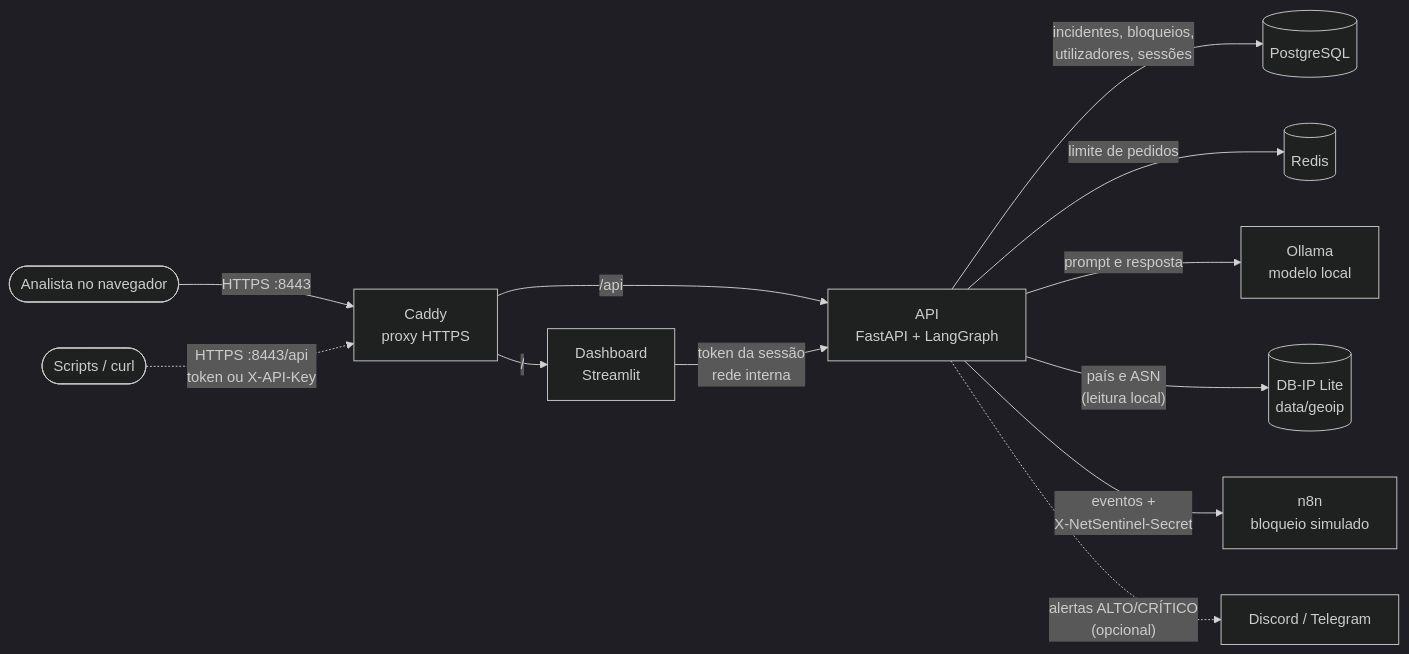
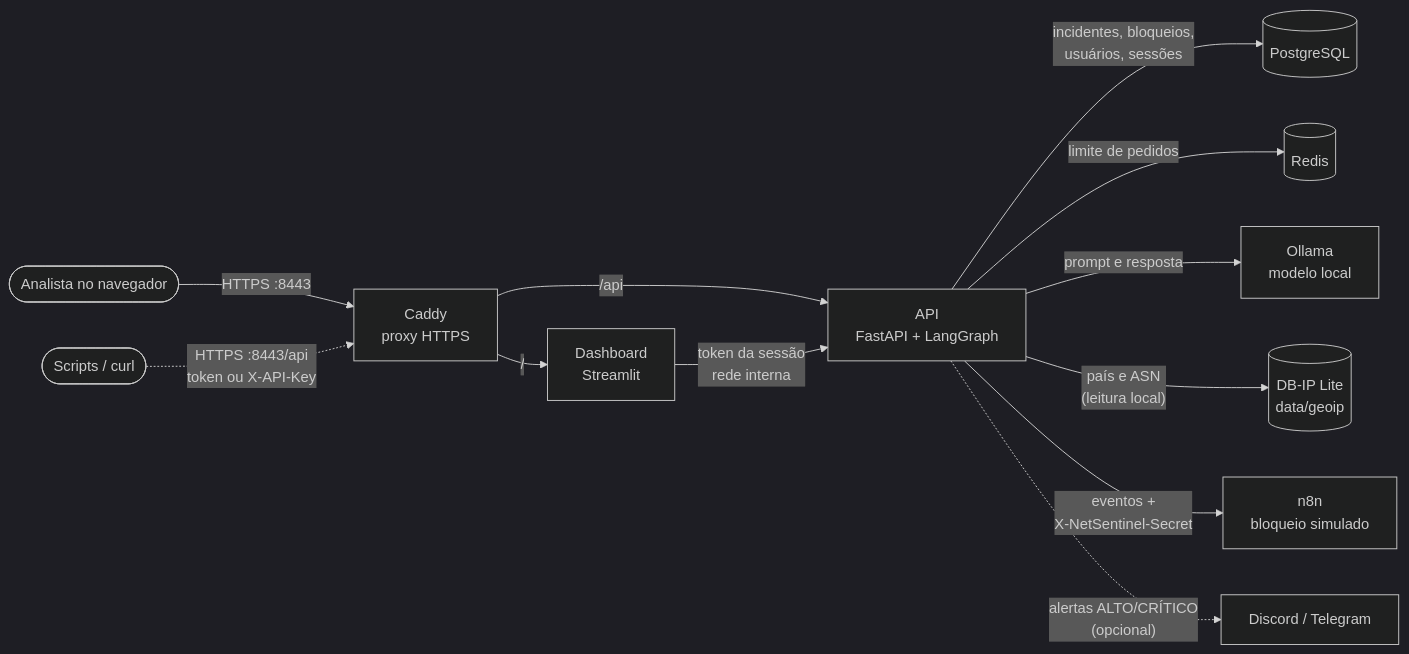
Before and after one commit to Peroba-7/netsentinel: the diagram in README.md, drawn with Mermaid (dark theme). The commit also changed other lines of this file and 2 other files, not shown here.

First line of the commit message:
docs: convert README, architecture notes and risk floor texts to Brazilian Portuguese

````diff
--- a/README.md
+++ b/README.md
@@ -63,14 +63,14 @@
 ```mermaid
 flowchart LR
     user(["Analista no navegador"]) -->|"HTTPS :8443"| caddy["Caddy<br/>proxy HTTPS"]
     script(["Scripts / curl"]) -.->|"HTTPS :8443/api<br/>token ou X-API-Key"| caddy
     caddy -->|"/"| dash["Dashboard<br/>Streamlit"]
     caddy -->|"/api"| api["API<br/>FastAPI + LangGraph"]
     dash -->|"token da sessão<br/>rede interna"| api
-    api -->|"incidentes, bloqueios,<br/>utilizadores, sessões"| pg[("PostgreSQL")]
+    api -->|"incidentes, bloqueios,<br/>usuários, sessões"| pg[("PostgreSQL")]
     api -->|"limite de pedidos"| redis[("Redis")]
     api -->|"prompt e resposta"| ollama["Ollama<br/>modelo local"]
     api -->|"país e ASN<br/>(leitura local)"| geo[("DB-IP Lite<br/>data/geoip")]
     api -->|"eventos +<br/>X-NetSentinel-Secret"| n8n["n8n<br/>bloqueio simulado"]
     api -.->|"alertas ALTO/CRÍTICO<br/>(opcional)"| chat["Discord / Telegram"]
 ```
````
